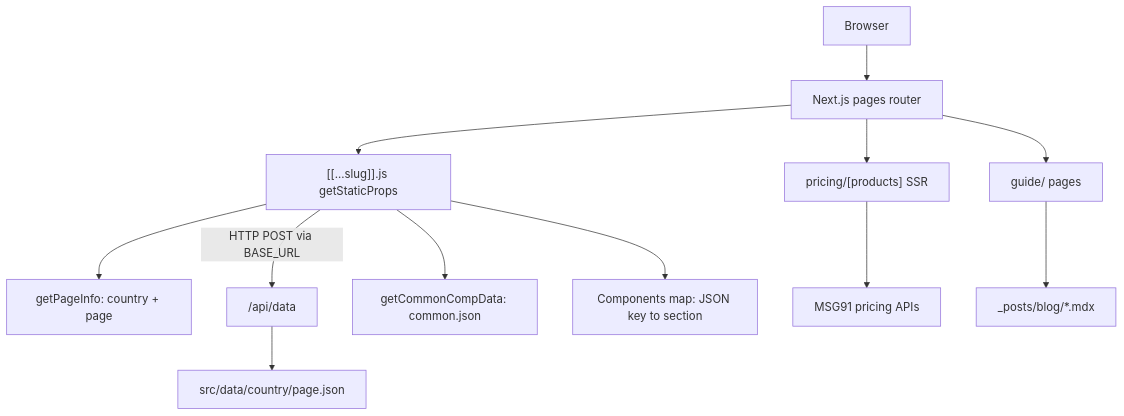
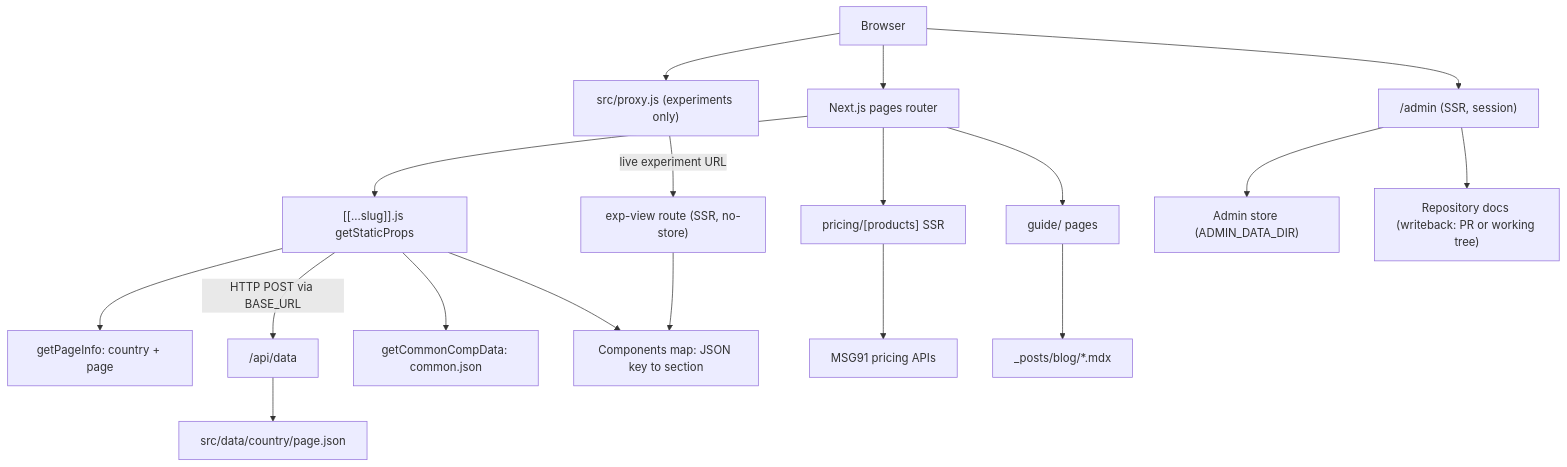
One commit to Walkover-Web-Solution/next-msg92 changed the first of 3 diagrams in docs/ARCHITECTURE.md. Above: the diagram before and after it, drawn with Mermaid. The commit also changed other lines of this file and 17 other files, not shown here.

````diff
--- a/docs/ARCHITECTURE.md
+++ b/docs/ARCHITECTURE.md
@@ -13,14 +13,20 @@
 ```mermaid
 graph TD
     Browser["Browser"] --> Router["Next.js pages router"]
     Router --> CatchAll["[[...slug]].js getStaticProps"]
     CatchAll --> PageInfo["getPageInfo: country + page"]
     CatchAll -->|"HTTP POST via BASE_URL"| ApiData["/api/data"]
     ApiData --> Json["src/data/country/page.json"]
     CatchAll --> Common["getCommonCompData: common.json"]
     CatchAll --> Registry["Components map: JSON key to section"]
     Router --> Pricing["pricing/[products] SSR"]
     Pricing --> PricingApis["MSG91 pricing APIs"]
     Router --> Guide["guide/ pages"]
     Guide --> Posts["_posts/blog/*.mdx"]
+    Browser --> Proxy["src/proxy.js (experiments only)"]
+    Proxy -->|"live experiment URL"| ExpView["exp-view route (SSR, no-store)"]
+    ExpView --> Registry
+    Browser --> Admin["/admin (SSR, session)"]
+    Admin --> Store["Admin store (ADMIN_DATA_DIR)"]
+    Admin --> Repo["Repository docs (writeback: PR or working tree)"]
 ```
````
